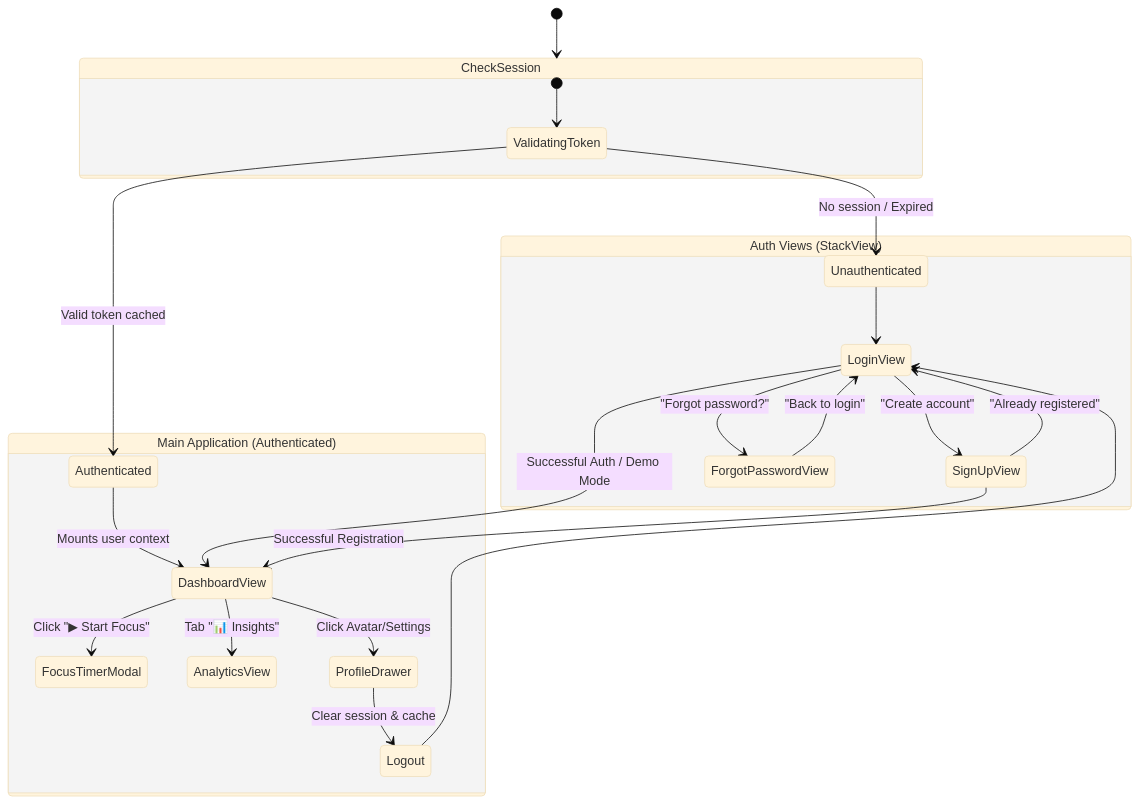
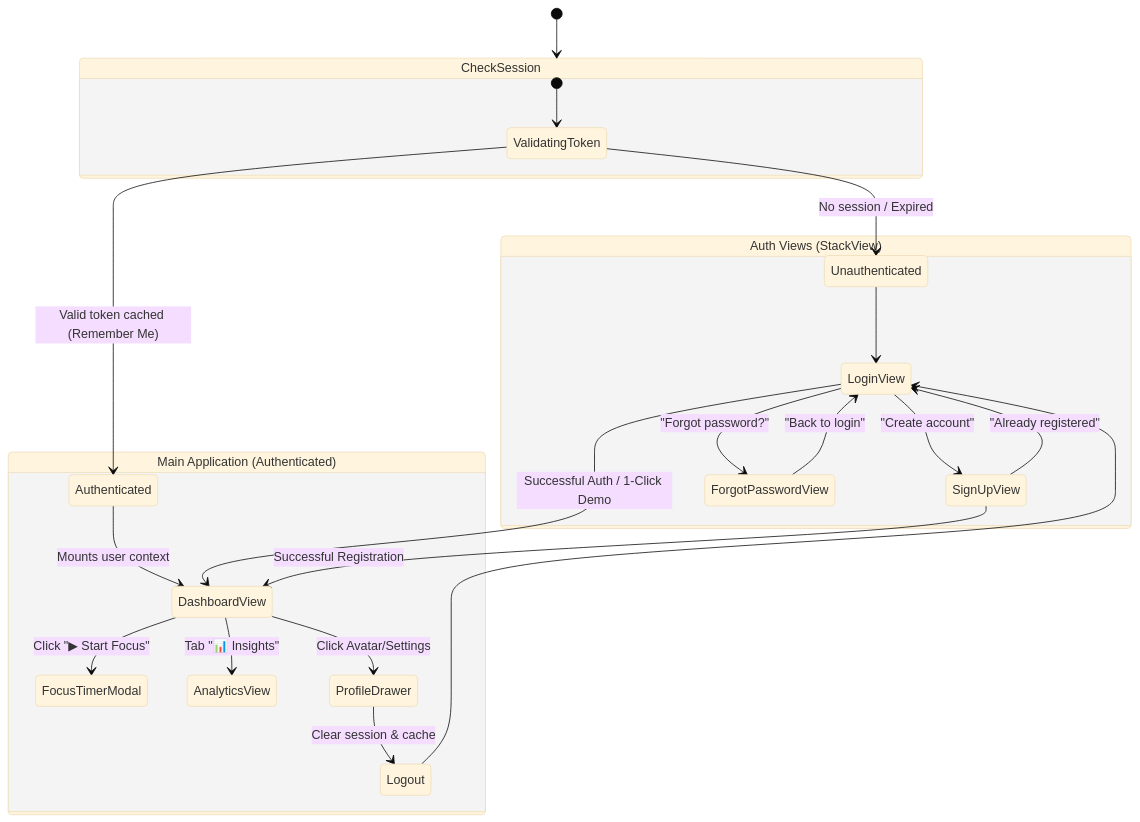
The diagram in docs/06-v2-architecture-auth-and-neon-db.md (CVSCharan/activity-tracker-desktop-cpp), drawn with Mermaid (base theme) before and after one commit. The commit also changed other lines of this file and 1 other file, not shown here.

Commit message:
docs: add local seed data architecture and executive enhancements to v2 plan

````diff
--- a/docs/06-v2-architecture-auth-and-neon-db.md
+++ b/docs/06-v2-architecture-auth-and-neon-db.md
@@ -36,30 +36,30 @@
 ```mermaid
 stateDiagram-v2
     [*] --> CheckSession
 
     state CheckSession {
         [*] --> ValidatingToken
         ValidatingToken --> Unauthenticated: No session / Expired
-        ValidatingToken --> Authenticated: Valid token cached
+        ValidatingToken --> Authenticated: Valid token cached (Remember Me)
     }
 
     state "Auth Views (StackView)" as AuthStack {
         Unauthenticated --> LoginView
         LoginView --> SignUpView: "Create account"
         SignUpView --> LoginView: "Already registered"
         LoginView --> ForgotPasswordView: "Forgot password?"
         ForgotPasswordView --> LoginView: "Back to login"
     }
 
     state "Main Application (Authenticated)" as AppShell {
         Authenticated --> DashboardView: Mounts user context
         DashboardView --> FocusTimerModal: Click "▶ Start Focus"
         DashboardView --> AnalyticsView: Tab "📊 Insights"
         DashboardView --> ProfileDrawer: Click Avatar/Settings
         ProfileDrawer --> Logout: Clear session & cache
     }
 
-    LoginView --> DashboardView: Successful Auth / Demo Mode
+    LoginView --> DashboardView: Successful Auth / 1-Click Demo
     SignUpView --> DashboardView: Successful Registration
     Logout --> LoginView
 ```
````
